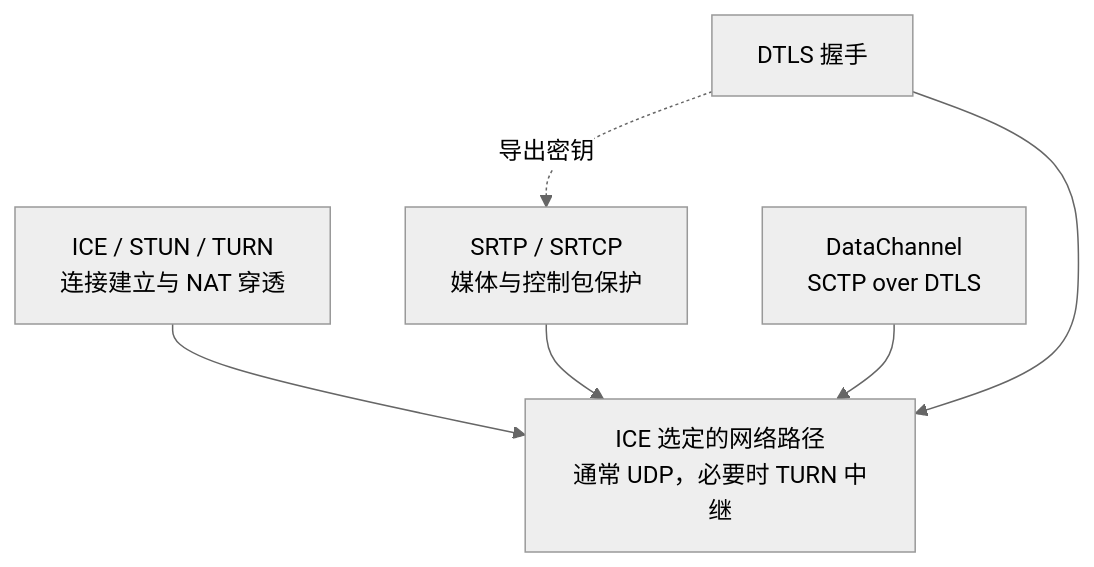
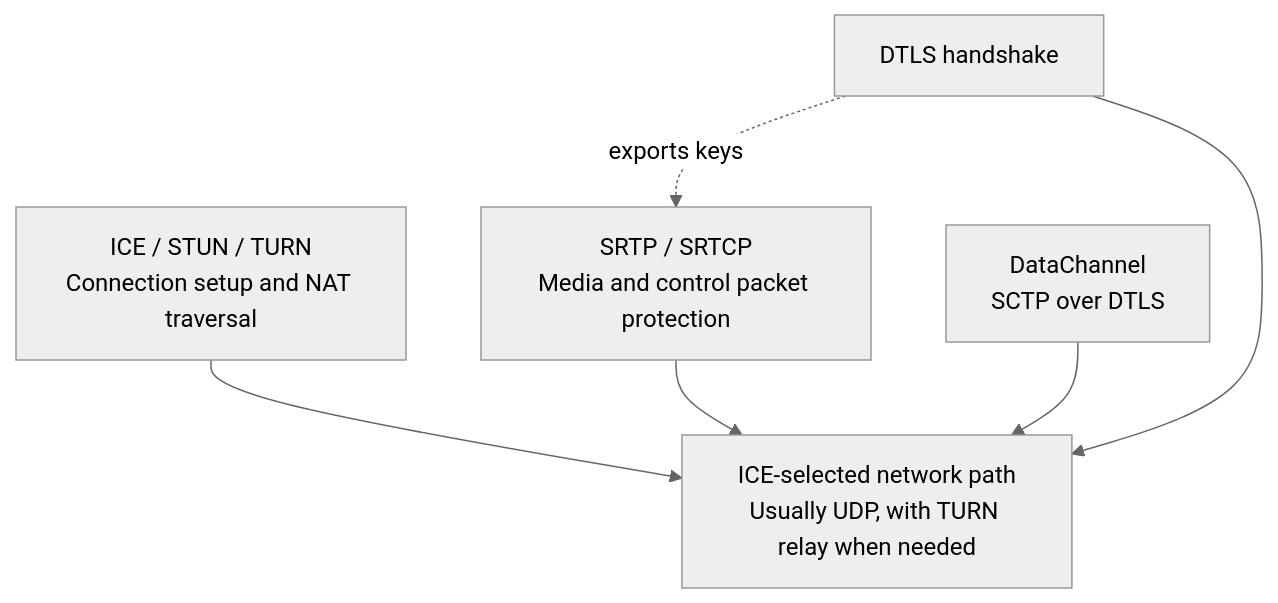
The third of 5 diagrams in docs/tools/05-transport-gateway/13-sse-websocket-webrtc.md (oneleaveknowsthefall/awesome-ai-roadmap), drawn with Mermaid (neutral theme) before and after one commit. The commit also changed other lines of this file and 42 other files, not shown here.

````diff
--- a/docs/tools/05-transport-gateway/13-sse-websocket-webrtc.md
+++ b/docs/tools/05-transport-gateway/13-sse-websocket-webrtc.md
@@ -190,13 +192,13 @@
 ```mermaid
 flowchart TB
-    ICE["ICE / STUN / TURN<br/>连接建立与 NAT 穿透"]
-    SRTP["SRTP / SRTCP<br/>媒体与控制包保护"]
-    DTLS["DTLS 握手"]
+    ICE["ICE / STUN / TURN<br/>Connection setup and NAT traversal"]
+    SRTP["SRTP / SRTCP<br/>Media and control packet protection"]
+    DTLS["DTLS handshake"]
     DATA["DataChannel<br/>SCTP over DTLS"]
-    PATH["ICE 选定的网络路径<br/>通常 UDP，必要时 TURN 中继"]
+    PATH["ICE-selected network path<br/>Usually UDP, with TURN relay when needed"]
     ICE --> PATH
-    DTLS -.导出密钥.-> SRTP
+    DTLS -.exports keys.-> SRTP
     SRTP --> PATH
     DATA --> PATH
     DTLS --> PATH
 ```
````
